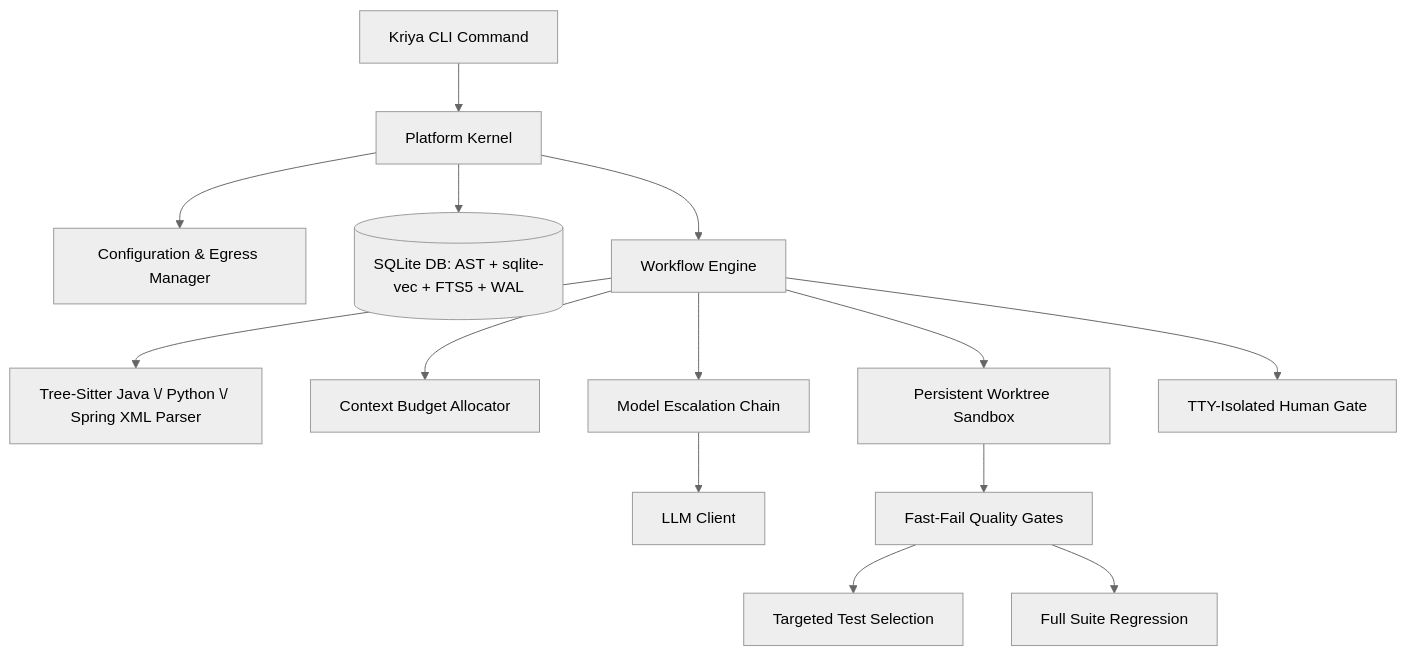
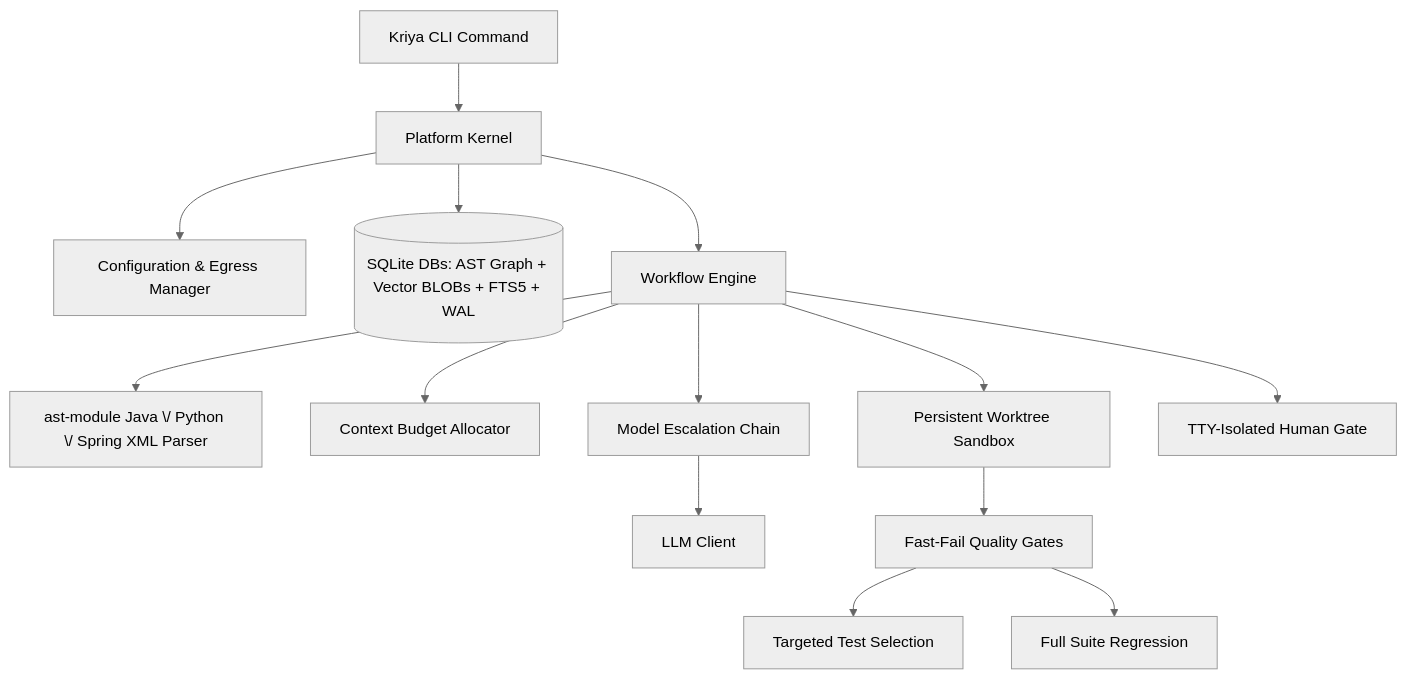
One commit to snanduri7/kriya changed the diagram in docs/design.md. Above: the diagram before and after it, drawn with Mermaid (neutral theme). The commit also changed other lines of this file and 2 other files, not shown here.

````diff
--- a/docs/design.md
+++ b/docs/design.md
@@ -11,16 +11,16 @@
 ```mermaid
 graph TD
     CLI[Kriya CLI Command] --> Kernel[Platform Kernel]
     Kernel --> Config[Configuration & Egress Manager]
-    Kernel --> SQLite[(SQLite DB: AST + sqlite-vec + FTS5 + WAL)]
+    Kernel --> SQLite[(SQLite DBs: AST Graph + Vector BLOBs + FTS5 + WAL)]
     Kernel --> Workflow[Workflow Engine]
-    Workflow --> ASTParser[Tree-Sitter Java \/ Python \/ Spring XML Parser]
+    Workflow --> ASTParser[ast-module Java \/ Python \/ Spring XML Parser]
     Workflow --> Budget[Context Budget Allocator]
     Workflow --> Escalation[Model Escalation Chain]
     Escalation --> LLMClient[LLM Client]
     Workflow --> Sandbox[Persistent Worktree Sandbox]
     Sandbox --> Gates[Fast-Fail Quality Gates]
     Gates --> Targeted[Targeted Test Selection]
     Gates --> FullSuite[Full Suite Regression]
     Workflow --> Approval[TTY-Isolated Human Gate]
 ```
````
